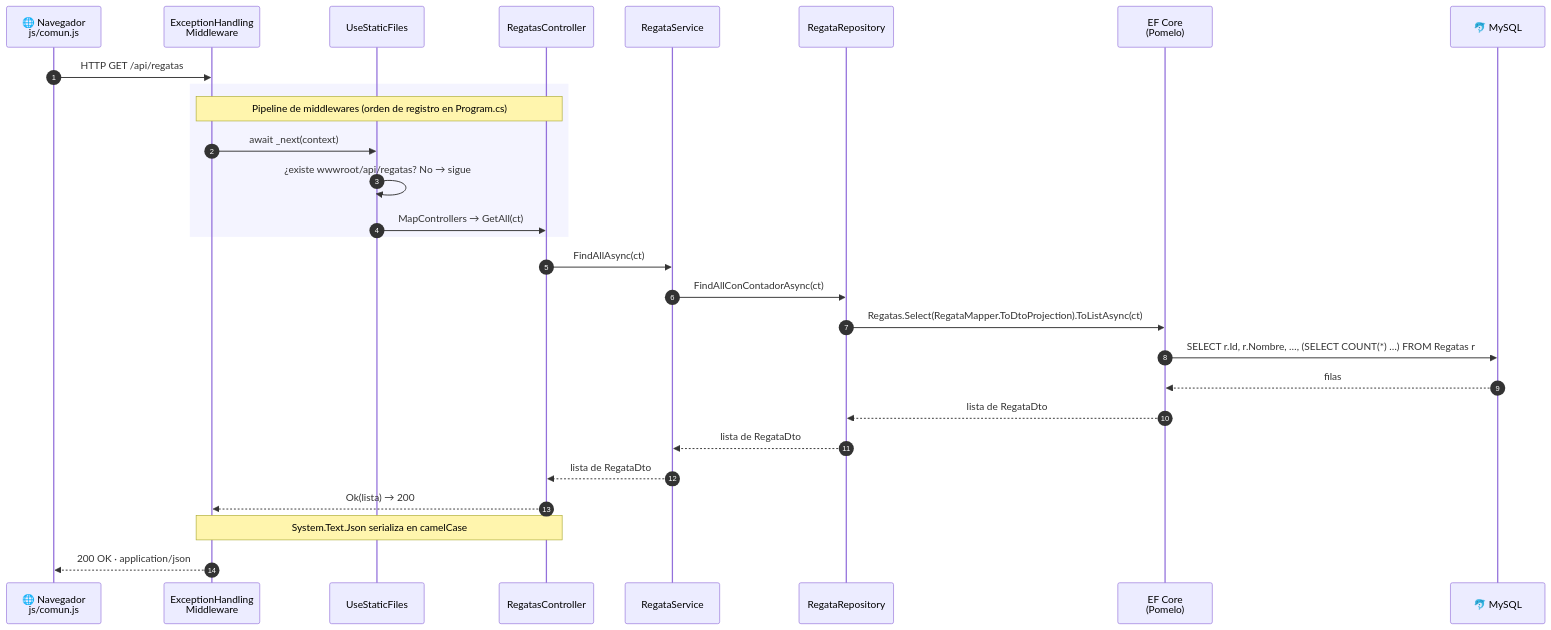
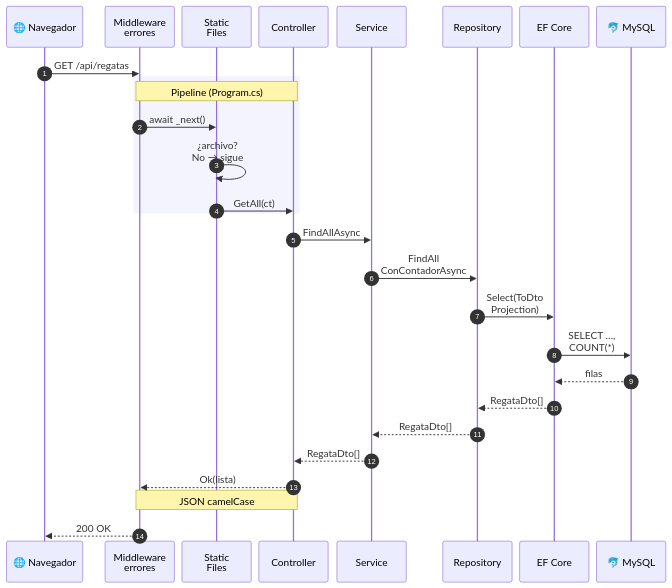
One commit to IgorDAM/Proyecto_CSharp changed the diagram in ARQUITECTURA_CAPAS.md. Above: the diagram before and after it, drawn with Mermaid. The commit also changed other lines of this file, not shown here.

Commit message:
docs(#171): diagrama del recorrido más estrecho
Nombres cortos en los participantes, mensajes partidos en dos líneas y
márgenes reducidos para evitar el scroll horizontal. Los nombres
completos pasan a una línea bajo el diagrama.

Claude-Session: https://claude.ai/code/session_01Wn8c7id8gadtpvey5imk8Z

````diff
--- a/ARQUITECTURA_CAPAS.md
+++ b/ARQUITECTURA_CAPAS.md
@@ -13,31 +13,32 @@
 ```mermaid
+%%{init: {"sequence": {"actorMargin": 12, "width": 110, "boxMargin": 4, "noteMargin": 6, "messageMargin": 30}}}%%
 sequenceDiagram
     autonumber
-    participant N as 🌐 Navegador<br/>js/comun.js
-    participant EX as ExceptionHandling<br/>Middleware
-    participant SF as UseStaticFiles
-    participant C as RegatasController
-    participant S as RegataService
-    participant R as RegataRepository
-    participant EF as EF Core<br/>(Pomelo)
+    participant N as 🌐 Navegador
+    participant EX as Middleware<br/>errores
+    participant SF as Static<br/>Files
+    participant C as Controller
+    participant S as Service
+    participant R as Repository
+    participant EF as EF Core
     participant DB as 🐬 MySQL
 
-    N->>EX: HTTP GET /api/regatas
+    N->>EX: GET /api/regatas
     rect rgba(120,120,255,0.08)
-    Note over EX,C: Pipeline de middlewares (orden de registro en Program.cs)
-    EX->>SF: await _next(context)
-    SF->>SF: ¿existe wwwroot/api/regatas? No → sigue
-    SF->>C: MapControllers → GetAll(ct)
+    Note over EX,C: Pipeline (Program.cs)
+    EX->>SF: await _next()
+    SF->>SF: ¿archivo?<br/>No → sigue
+    SF->>C: GetAll(ct)
     end
-    C->>S: FindAllAsync(ct)
-    S->>R: FindAllConContadorAsync(ct)
-    R->>EF: Regatas.Select(RegataMapper.ToDtoProjection).ToListAsync(ct)
-    EF->>DB: SELECT r.Id, r.Nombre, …, (SELECT COUNT(*) …) FROM Regatas r
+    C->>S: FindAllAsync
+    S->>R: FindAll<br/>ConContadorAsync
+    R->>EF: Select(ToDto<br/>Projection)
+    EF->>DB: SELECT …,<br/>COUNT(*)
     DB-->>EF: filas
-    EF-->>R: lista de RegataDto
-    R-->>S: lista de RegataDto
-    S-->>C: lista de RegataDto
-    C-->>EX: Ok(lista) → 200
-    Note over C,EX: System.Text.Json serializa en camelCase
-    EX-->>N: 200 OK · application/json
+    EF-->>R: RegataDto[]
+    R-->>S: RegataDto[]
+    S-->>C: RegataDto[]
+    C-->>EX: Ok(lista)
+    Note over C,EX: JSON camelCase
+    EX-->>N: 200 OK
 ```
````
